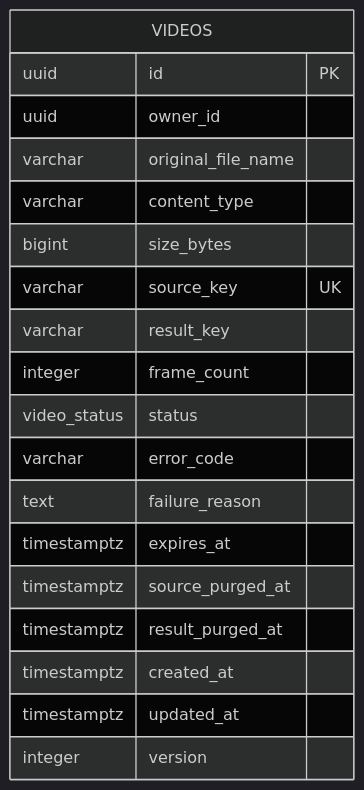
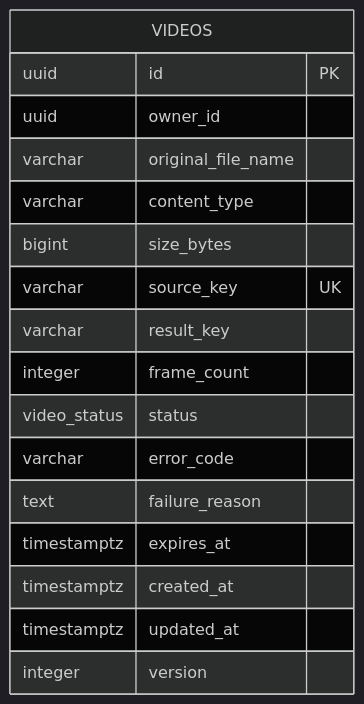
One commit to knzt/zipframes changed the second of 3 diagrams in docs/data/modelagem-de-dados.md. Above: the diagram before and after it, drawn with Mermaid (dark theme). The commit also changed other lines of this file and 167 other files, not shown here.

````diff
--- a/docs/data/modelagem-de-dados.md
+++ b/docs/data/modelagem-de-dados.md
@@ -76,22 +77,20 @@
 ```mermaid
 erDiagram
   VIDEOS {
     uuid id PK
     uuid owner_id
     varchar original_file_name
     varchar content_type
     bigint size_bytes
     varchar source_key UK
     varchar result_key
     integer frame_count
     video_status status
     varchar error_code
     text failure_reason
     timestamptz expires_at
-    timestamptz source_purged_at
-    timestamptz result_purged_at
     timestamptz created_at
     timestamptz updated_at
     integer version
   }
 ```
````
